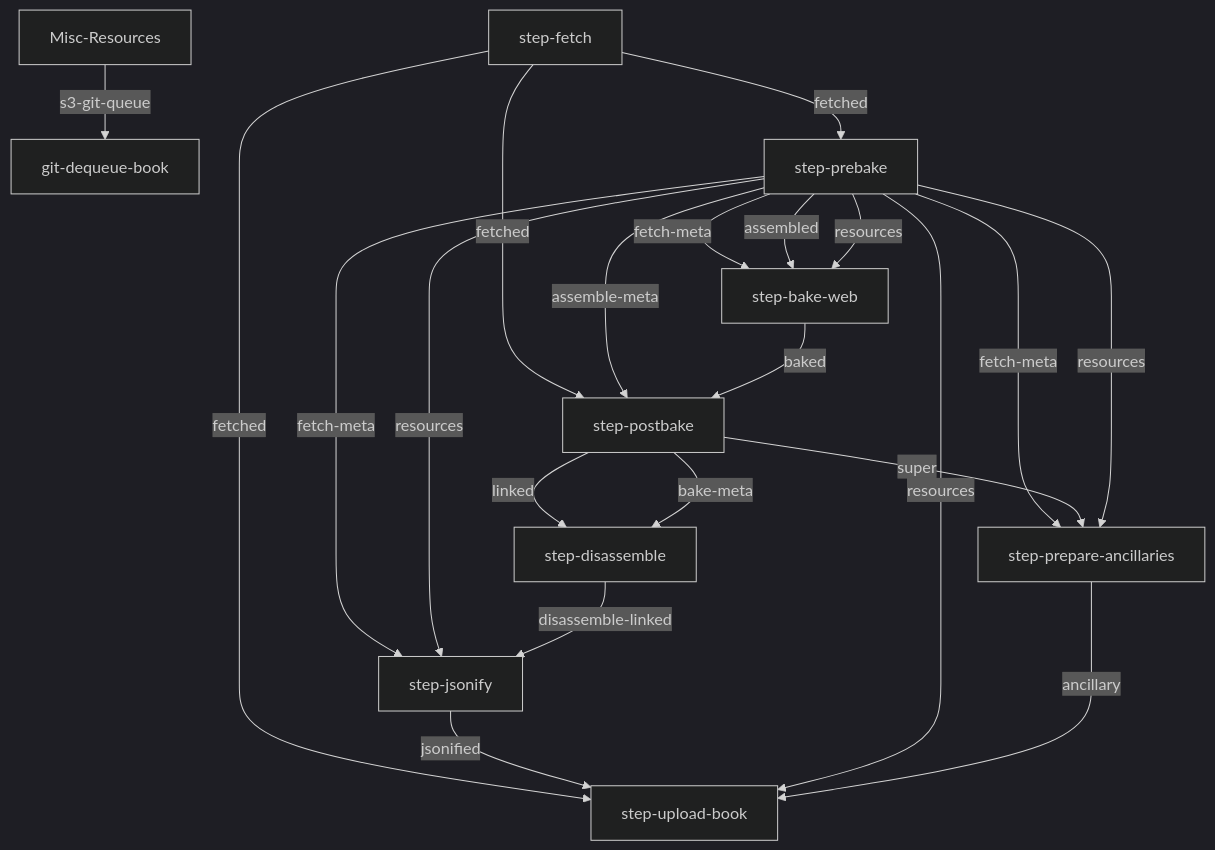
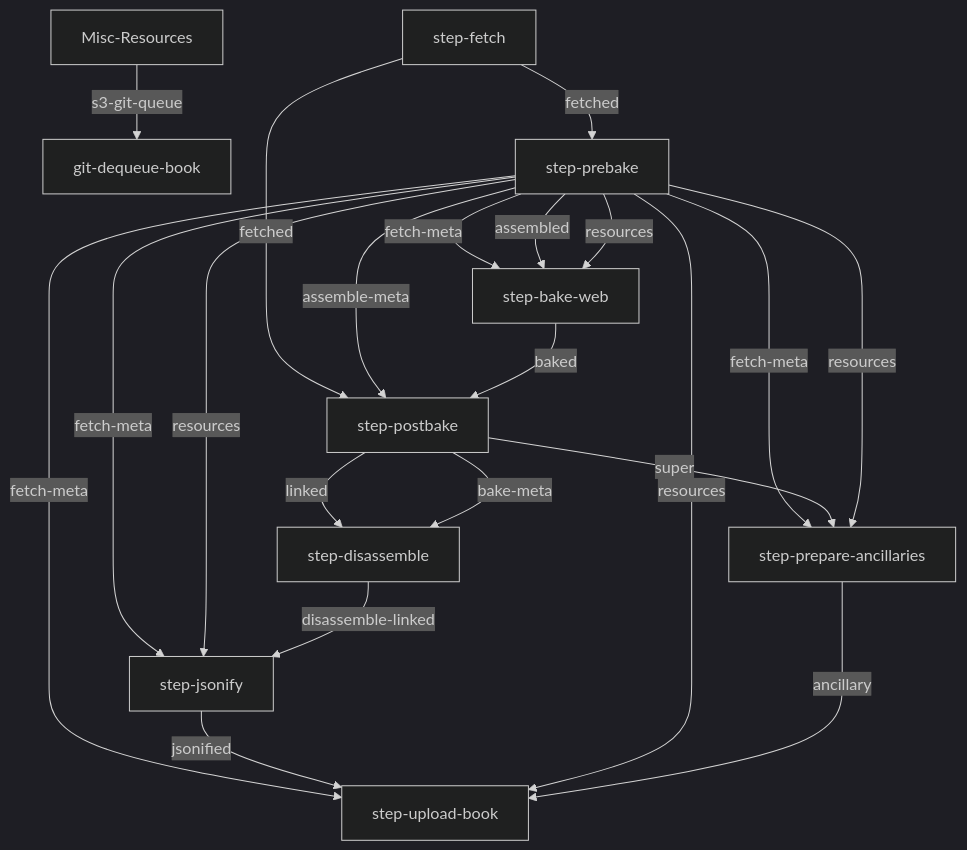
The second of 4 diagrams in build-concourse/graphs/README.md (openstax/enki), drawn with Mermaid (dark theme) before and after one commit. The commit also changed 13 other files, not shown here.

````diff
--- a/build-concourse/graphs/README.md
+++ b/build-concourse/graphs/README.md
@@ -32,23 +32,23 @@
 ```mermaid
 graph TB
     Misc-Resources -- s3-git-queue --> git-dequeue-book
     step-fetch -- fetched --> step-prebake
     step-prebake -- fetch-meta --> step-bake-web
     step-prebake -- assembled --> step-bake-web
     step-prebake -- resources --> step-bake-web
     step-fetch -- fetched --> step-postbake
     step-prebake -- assemble-meta --> step-postbake
     step-bake-web -- baked --> step-postbake
     step-prebake -- fetch-meta --> step-prepare-ancillaries
     step-postbake -- super --> step-prepare-ancillaries
     step-prebake -- resources --> step-prepare-ancillaries
     step-postbake -- linked --> step-disassemble
     step-postbake -- bake-meta --> step-disassemble
     step-prebake -- fetch-meta --> step-jsonify
     step-prebake -- resources --> step-jsonify
     step-disassemble -- disassemble-linked --> step-jsonify
-    step-fetch -- fetched --> step-upload-book
+    step-prebake -- fetch-meta --> step-upload-book
     step-jsonify -- jsonified --> step-upload-book
     step-prebake -- resources --> step-upload-book
     step-prepare-ancillaries -- ancillary --> step-upload-book
 ```
````
